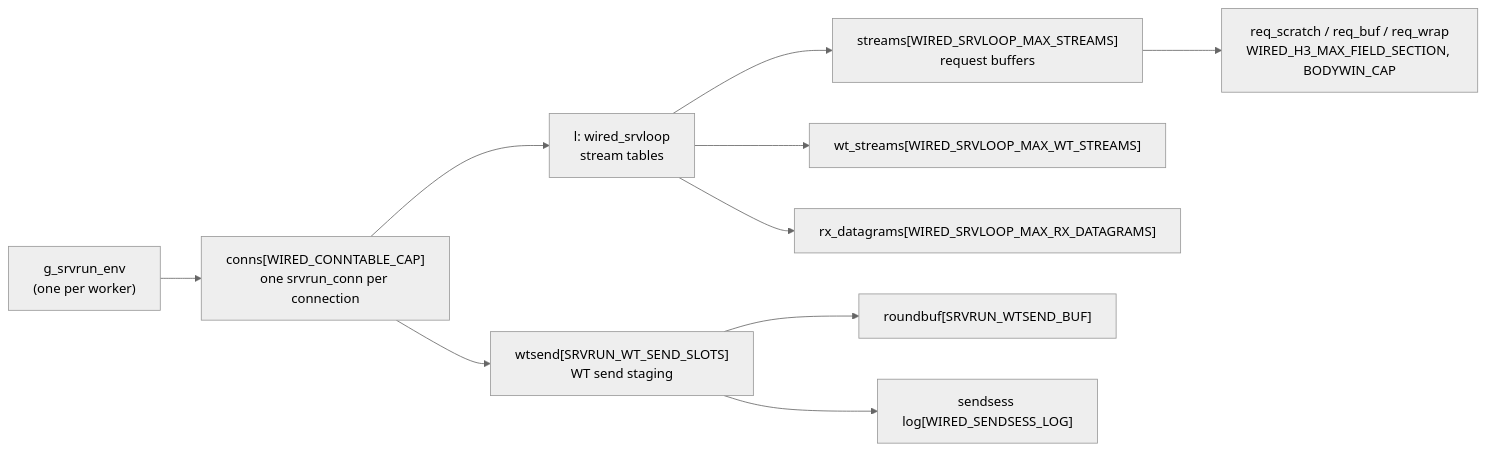
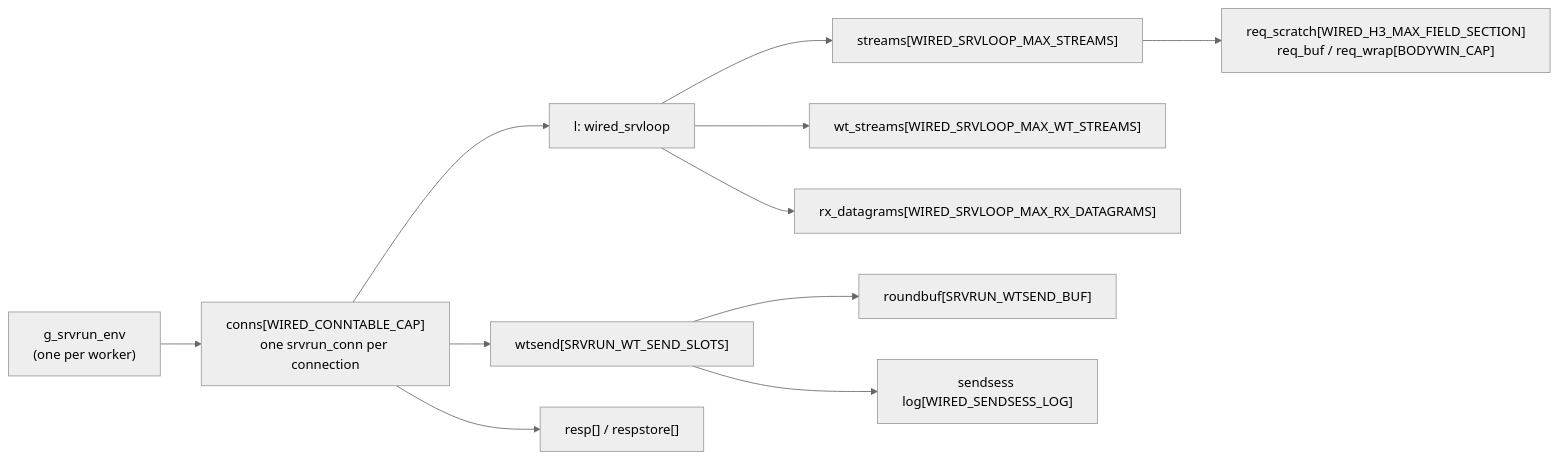
One commit to Hakkadaikon/wired changed the first of 9 diagrams in docs/arch/memory.md. Above: the diagram before and after it, drawn with Mermaid (neutral theme). The commit also changed other lines of this file, not shown here.

````diff
--- a/docs/arch/memory.md
+++ b/docs/arch/memory.md
@@ -32,22 +27,24 @@
 ```mermaid
 flowchart LR
   env["g_srvrun_env<br/>(one per worker)"]
   conns["conns[WIRED_CONNTABLE_CAP]<br/>one srvrun_conn per connection"]
-  l["l: wired_srvloop<br/>stream tables"]
-  wtsend["wtsend[SRVRUN_WT_SEND_SLOTS]<br/>WT send staging"]
-  streams["streams[WIRED_SRVLOOP_MAX_STREAMS]<br/>request buffers"]
+  l["l: wired_srvloop"]
+  wtsend["wtsend[SRVRUN_WT_SEND_SLOTS]"]
+  resp["resp[] / respstore[]"]
+  streams["streams[WIRED_SRVLOOP_MAX_STREAMS]"]
   wts["wt_streams[WIRED_SRVLOOP_MAX_WT_STREAMS]"]
   dg["rx_datagrams[WIRED_SRVLOOP_MAX_RX_DATAGRAMS]"]
   rb["roundbuf[SRVRUN_WTSEND_BUF]"]
   ss["sendsess log[WIRED_SENDSESS_LOG]"]
-  rq["req_scratch / req_buf / req_wrap<br/>WIRED_H3_MAX_FIELD_SECTION, BODYWIN_CAP"]
+  rq["req_scratch[WIRED_H3_MAX_FIELD_SECTION]<br/>req_buf / req_wrap[BODYWIN_CAP]"]
   env --> conns
   conns --> l
   conns --> wtsend
+  conns --> resp
   l --> streams
   l --> wts
   l --> dg
   wtsend --> rb
   wtsend --> ss
   streams --> rq
 ```
````
